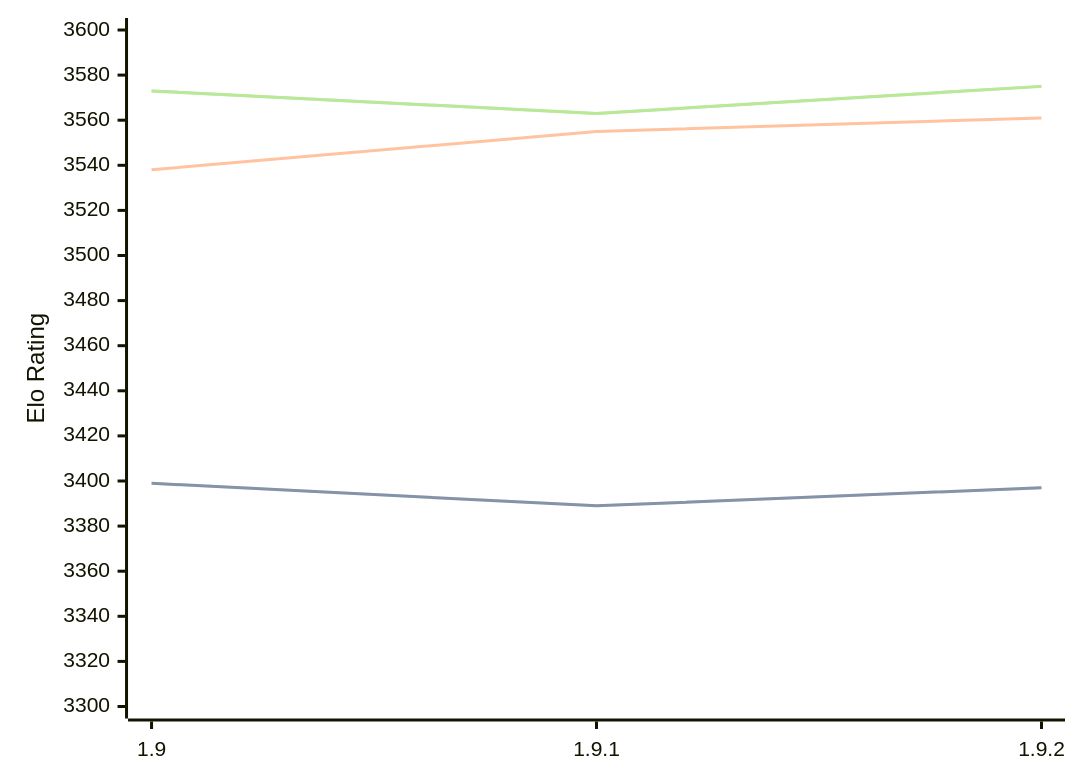
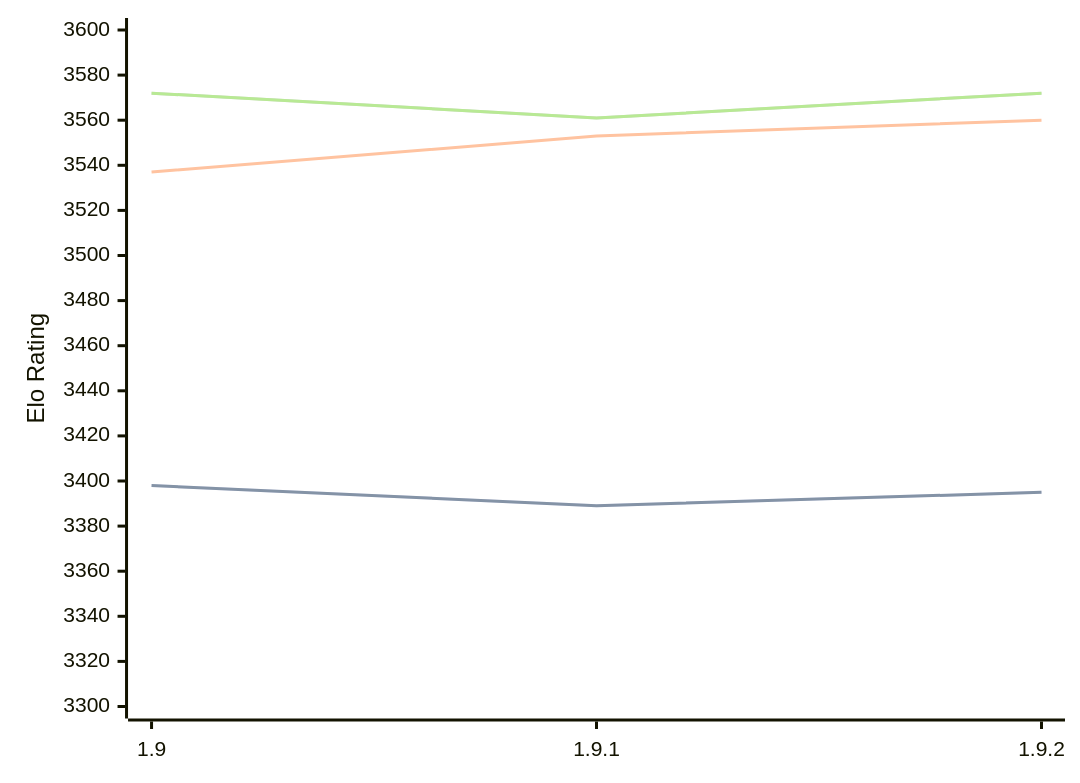
The diagram in engines/Pawnocchio.md (computer-chess-index/cci), drawn with Mermaid before and after one commit. The commit also changed other lines of this file, not shown here.

Commit message:
Update CCI Ratings (ELO VLTC) - 2026-03-23

````diff
--- a/engines/Pawnocchio.md
+++ b/engines/Pawnocchio.md
@@ -48,11 +48,11 @@
 ```mermaid
 %%{init: {"theme":"base","themeVariables":{"seriesColors:['#a3a3a3','#222221','#faa371']}}}%%
 xychart-beta
   x-axis ["1.9", "1.9.1", "1.9.2"]
   y-axis "Elo Rating" 3300 --> 3600
-  line "STC (8.0+0.08s)" [3399, 3389, 3397]
-  line "STC (8.0+0.08s)" [3399, 3389, 3397]
-  line "LTC (60.0+0.60s)" [3538, 3555, 3561]
-  line "VLTC (2m24s+1.12s)" [3573, 3563, 3575]
-  line "VLTC (2m24s+1.12s)" [3573, 3563, 3575]
+  line "STC (8.0+0.08s)" [3398, 3389, 3395]
+  line "STC (8.0+0.08s)" [3398, 3389, 3395]
+  line "LTC (60.0+0.60s)" [3537, 3553, 3560]
+  line "VLTC (2m24s+1.12s)" [3572, 3561, 3572]
+  line "VLTC (2m24s+1.12s)" [3572, 3561, 3572]
 ```
````
